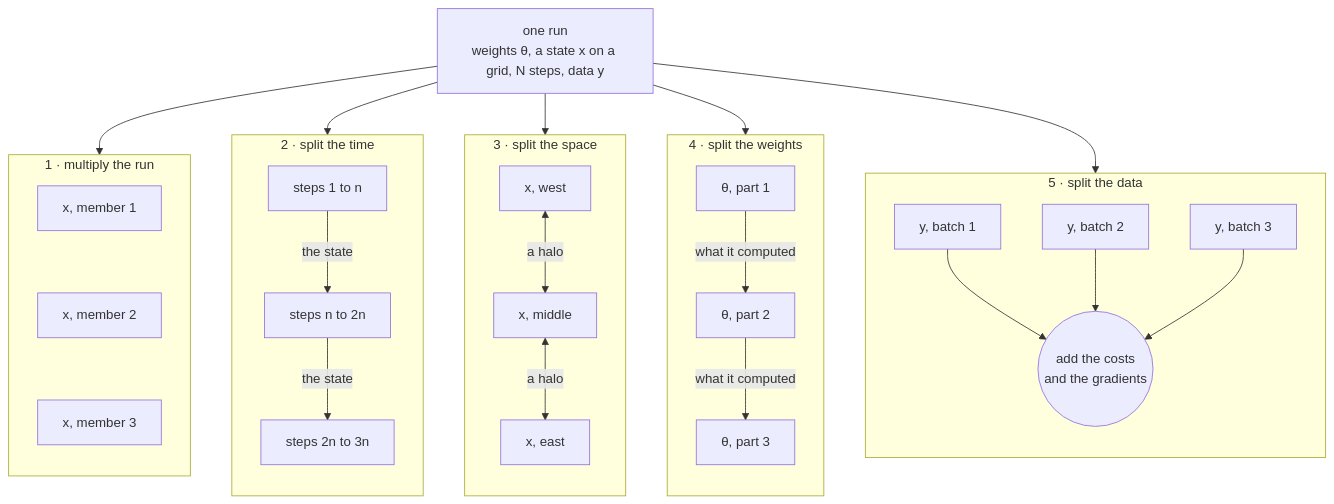
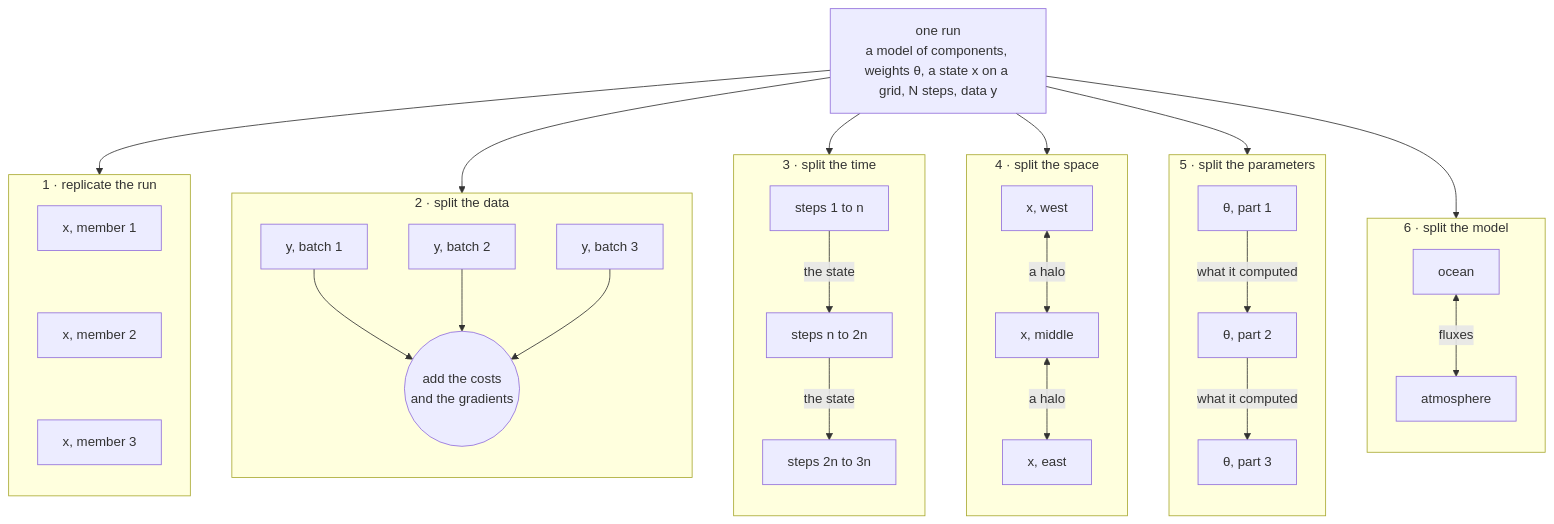
The second of 10 diagrams in docs/design/sesmax_scaling.md (jejjohnson/sesmax), drawn with Mermaid before and after one commit. The commit also changed other lines of this file, not shown here.

Commit message:
docs(design): the scaling page as one design per split, with the data and the model as splits

````diff
--- a/docs/design/sesmax_scaling.md
+++ b/docs/design/sesmax_scaling.md
@@ -51,27 +61,31 @@
 ```mermaid
 flowchart TB
-    one["one run<br/>weights θ, a state x on a grid, N steps, data y"]
-    one --> M & T & S & W & D
-    subgraph M["1 · multiply the run"]
+    one["one run<br/>a model of components, weights θ, a state x on a grid, N steps, data y"]
+    one --> M & D & T & S & W & C
+    subgraph M["1 · replicate the run"]
         direction TB
         m1["x, member 1"] ~~~ m2["x, member 2"] ~~~ m3["x, member 3"]
     end
-    subgraph T["2 · split the time"]
-        direction TB
-        t1["steps 1 to n"] -->|"the state"| t2["steps n to 2n"] -->|"the state"| t3["steps 2n to 3n"]
-    end
-    subgraph S["3 · split the space"]
-        direction TB
-        s1["x, west"] <-->|"a halo"| s2["x, middle"] <-->|"a halo"| s3["x, east"]
-    end
-    subgraph W["4 · split the weights"]
-        direction TB
-        w1["θ, part 1"] -->|"what it computed"| w2["θ, part 2"] -->|"what it computed"| w3["θ, part 3"]
-    end
-    subgraph D["5 · split the data"]
+    subgraph D["2 · split the data"]
         direction TB
         d1["y, batch 1"] --> add(("add the costs<br/>and the gradients"))
         d2["y, batch 2"] --> add
         d3["y, batch 3"] --> add
     end
+    subgraph T["3 · split the time"]
+        direction TB
+        t1["steps 1 to n"] -->|"the state"| t2["steps n to 2n"] -->|"the state"| t3["steps 2n to 3n"]
+    end
+    subgraph S["4 · split the space"]
+        direction TB
+        s1["x, west"] <-->|"a halo"| s2["x, middle"] <-->|"a halo"| s3["x, east"]
+    end
+    subgraph W["5 · split the parameters"]
+        direction TB
+        w1["θ, part 1"] -->|"what it computed"| w2["θ, part 2"] -->|"what it computed"| w3["θ, part 3"]
+    end
+    subgraph C["6 · split the model"]
+        direction TB
+        c1["ocean"] <-->|"fluxes"| c2["atmosphere"]
+    end
 ```
````
